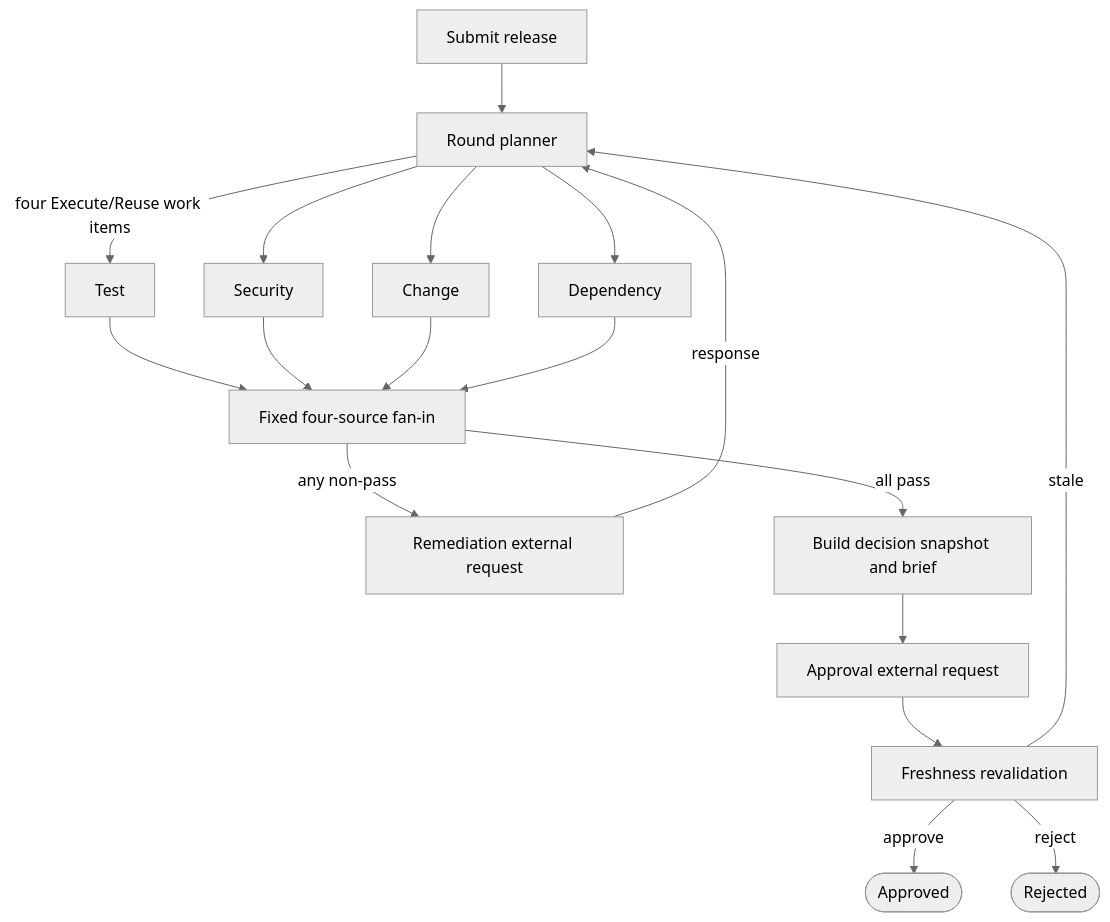
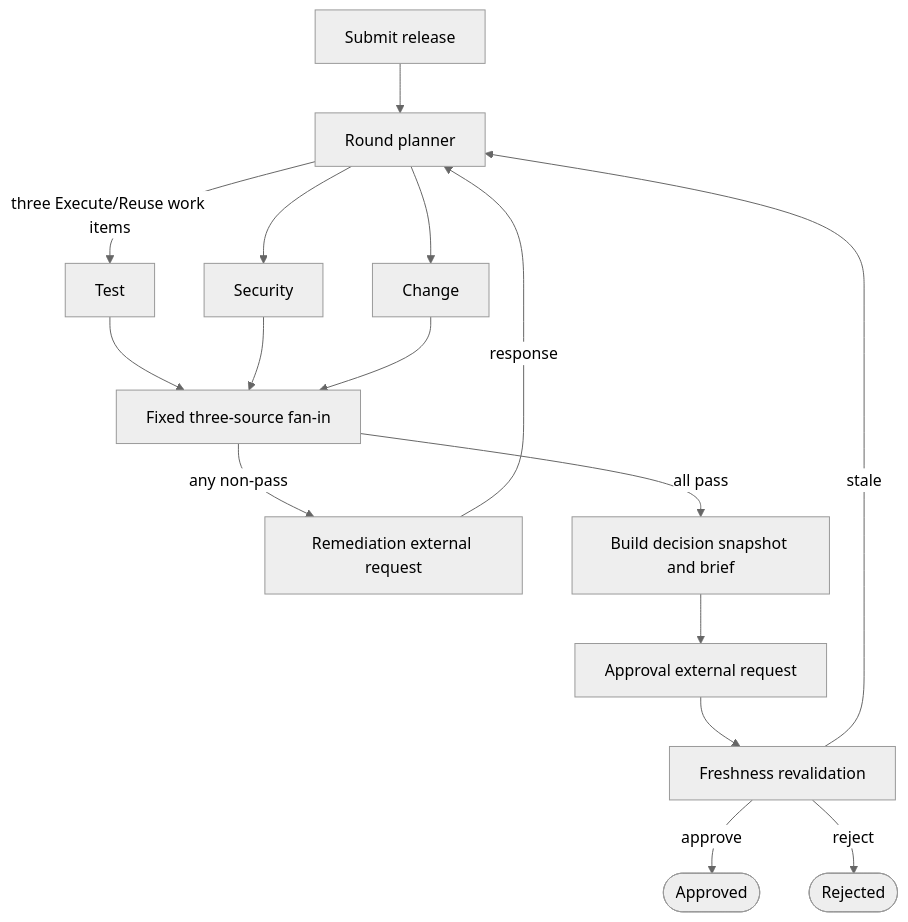
The diagram in SPEC.md (mariusz-kacz/release-readiness-coordinator), drawn with Mermaid (neutral theme) before and after one commit. The commit also changed other lines of this file and 30 other files, not shown here.

````diff
--- a/SPEC.md
+++ b/SPEC.md
@@ -246,20 +244,18 @@
 ```mermaid
 flowchart TD
     S[Submit release] --> P[Round planner]
-    P -->|four Execute/Reuse work items| T[Test]
+    P -->|three Execute/Reuse work items| T[Test]
     P --> SE[Security]
     P --> C[Change]
-    P --> D[Dependency]
-    T --> A[Fixed four-source fan-in]
+    T --> A[Fixed three-source fan-in]
     SE --> A
     C --> A
-    D --> A
     A -->|any non-pass| R[Remediation external request]
     R -->|response| P
     A -->|all pass| B[Build decision snapshot and brief]
     B --> H[Approval external request]
     H --> F[Freshness revalidation]
     F -->|stale| P
     F -->|approve| OK([Approved])
     F -->|reject| NO([Rejected])
 ```
````
